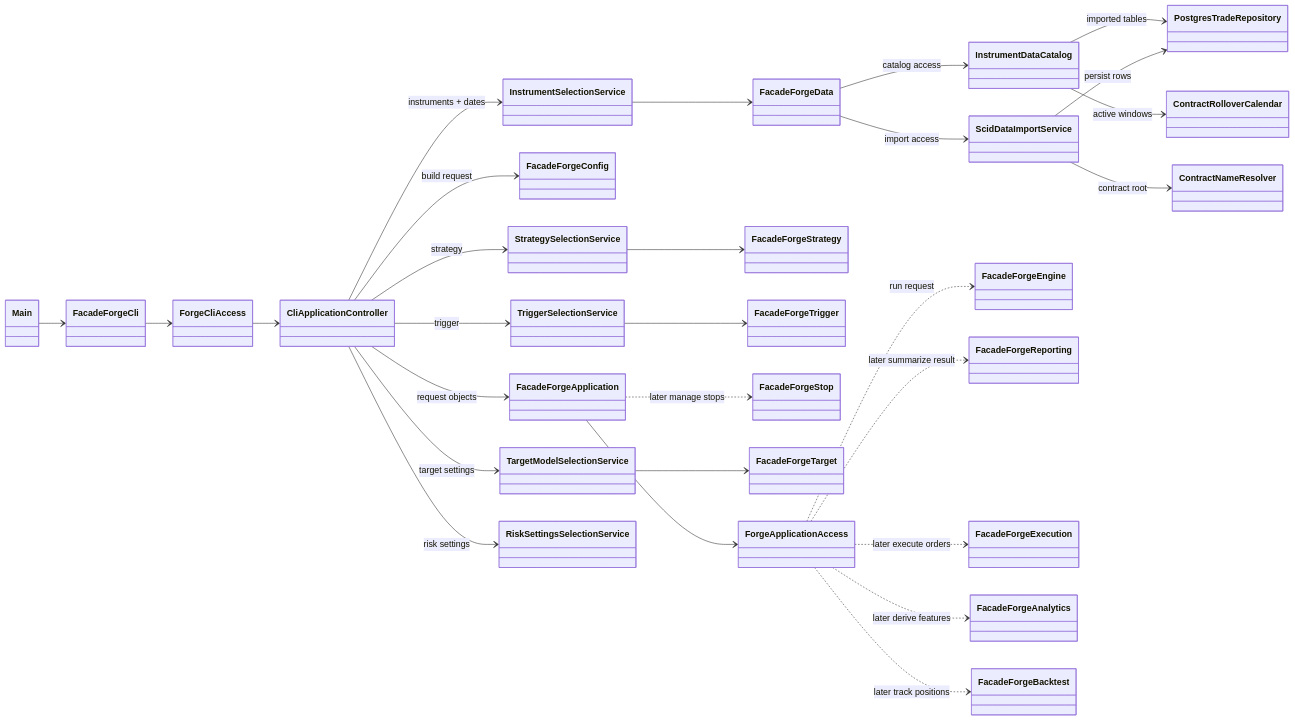
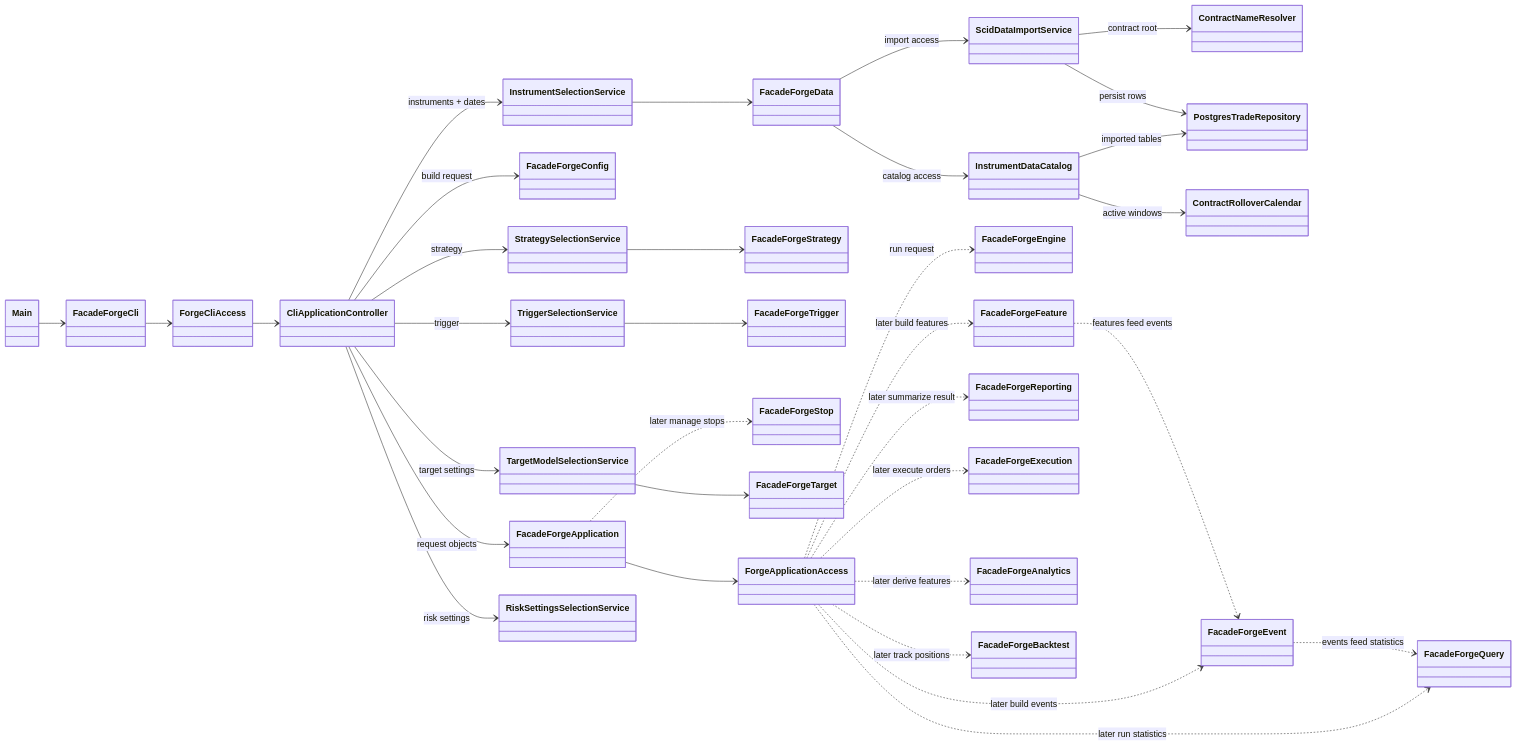
The first of 23 diagrams in class-model.md (probst-paul/FORGE), drawn with Mermaid before and after one commit. The commit also changed other lines of this file and 28 other files, not shown here.

````diff
--- a/class-model.md
+++ b/class-model.md
@@ -5,62 +5,70 @@
 ```mermaid
 classDiagram
     direction LR
 
     class Main
     class FacadeForgeCli
     class ForgeCliAccess
     class CliApplicationController
     class FacadeForgeApplication
     class FacadeForgeConfig
     class FacadeForgeData
     class InstrumentDataCatalog
     class ContractNameResolver
     class ScidDataImportService
     class PostgresTradeRepository
     class ContractRolloverCalendar
     class FacadeForgeStrategy
     class FacadeForgeTrigger
     class FacadeForgeStop
     class FacadeForgeTarget
     class FacadeForgeEngine
+    class FacadeForgeFeature
+    class FacadeForgeEvent
+    class FacadeForgeQuery
     class FacadeForgeReporting
     class FacadeForgeExecution
     class FacadeForgeAnalytics
     class FacadeForgeBacktest
     class ForgeApplicationAccess
     class InstrumentSelectionService
     class StrategySelectionService
     class TriggerSelectionService
     class TargetModelSelectionService
     class RiskSettingsSelectionService
 
     Main --> FacadeForgeCli
     FacadeForgeCli --> ForgeCliAccess
     ForgeCliAccess --> CliApplicationController
     CliApplicationController --> FacadeForgeApplication : request objects
     FacadeForgeApplication --> ForgeApplicationAccess
     CliApplicationController --> InstrumentSelectionService : instruments + dates
     CliApplicationController --> StrategySelectionService : strategy
     CliApplicationController --> RiskSettingsSelectionService : risk settings
     CliApplicationController --> TriggerSelectionService : trigger
     CliApplicationController --> TargetModelSelectionService : target settings
     CliApplicationController --> FacadeForgeConfig : build request
 
     InstrumentSelectionService --> FacadeForgeData
     FacadeForgeData --> InstrumentDataCatalog : catalog access
     FacadeForgeData --> ScidDataImportService : import access
     InstrumentDataCatalog --> PostgresTradeRepository : imported tables
     InstrumentDataCatalog --> ContractRolloverCalendar : active windows
     ScidDataImportService --> ContractNameResolver : contract root
     ScidDataImportService --> PostgresTradeRepository : persist rows
     StrategySelectionService --> FacadeForgeStrategy
     TriggerSelectionService --> FacadeForgeTrigger
     FacadeForgeApplication ..> FacadeForgeStop : later manage stops
     TargetModelSelectionService --> FacadeForgeTarget
 
     ForgeApplicationAccess ..> FacadeForgeEngine : run request
+    ForgeApplicationAccess ..> FacadeForgeFeature : later build features
+    ForgeApplicationAccess ..> FacadeForgeEvent : later build events
+    ForgeApplicationAccess ..> FacadeForgeQuery : later run statistics
     ForgeApplicationAccess ..> FacadeForgeExecution : later execute orders
     ForgeApplicationAccess ..> FacadeForgeReporting : later summarize result
     ForgeApplicationAccess ..> FacadeForgeAnalytics : later derive features
     ForgeApplicationAccess ..> FacadeForgeBacktest : later track positions
+    FacadeForgeFeature ..> FacadeForgeEvent : features feed events
+    FacadeForgeEvent ..> FacadeForgeQuery : events feed statistics
 ```
````
